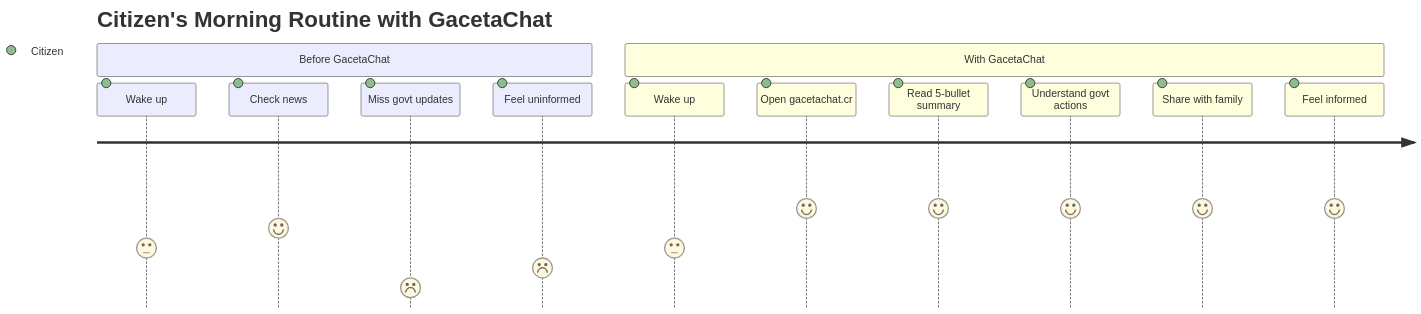
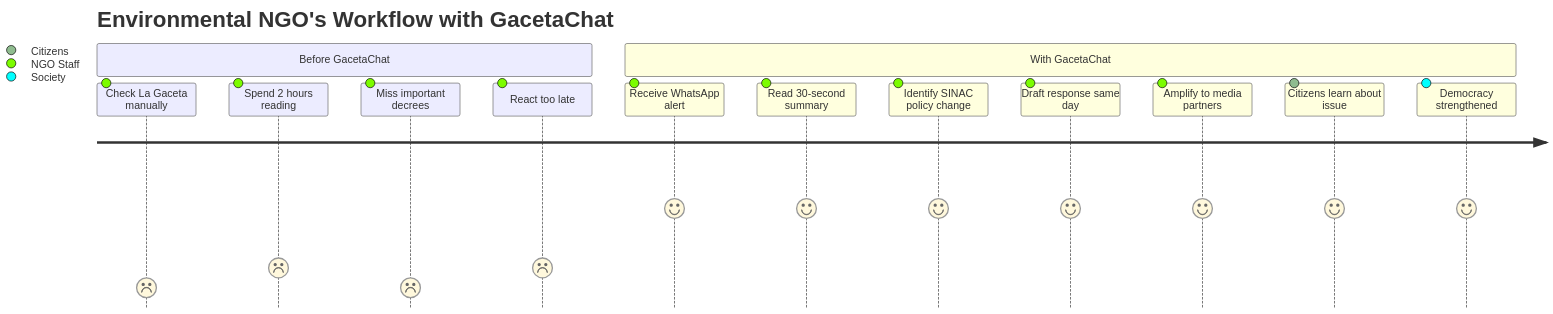
Before and after one commit to GSejas/gacetachat: the fourth of 4 diagrams in README.md, drawn with Mermaid. The commit also changed other lines of this file and 3 other files, not shown here.

````diff
--- a/README.md
+++ b/README.md
@@ -332,16 +344,17 @@
 ```mermaid
 journey
-    title Citizen's Morning Routine with GacetaChat
+    title Environmental NGO's Workflow with GacetaChat
     section Before GacetaChat
-      Wake up: 3: Citizen
-      Check news: 4: Citizen
-      Miss govt updates: 1: Citizen
-      Feel uninformed: 2: Citizen
+      Check La Gaceta manually: 1: NGO Staff
+      Spend 2 hours reading: 2: NGO Staff
+      Miss important decrees: 1: NGO Staff
+      React too late: 2: NGO Staff
     section With GacetaChat
-      Wake up: 3: Citizen
-      Open gacetachat.cr: 5: Citizen
-      Read 5-bullet summary: 5: Citizen
-      Understand govt actions: 5: Citizen
-      Share with family: 5: Citizen
-      Feel informed: 5: Citizen
+      Receive WhatsApp alert: 5: NGO Staff
+      Read 30-second summary: 5: NGO Staff
+      Identify SINAC policy change: 5: NGO Staff
+      Draft response same day: 5: NGO Staff
+      Amplify to media partners: 5: NGO Staff
+      Citizens learn about issue: 5: Citizens
+      Democracy strengthened: 5: Society
 ```
````
